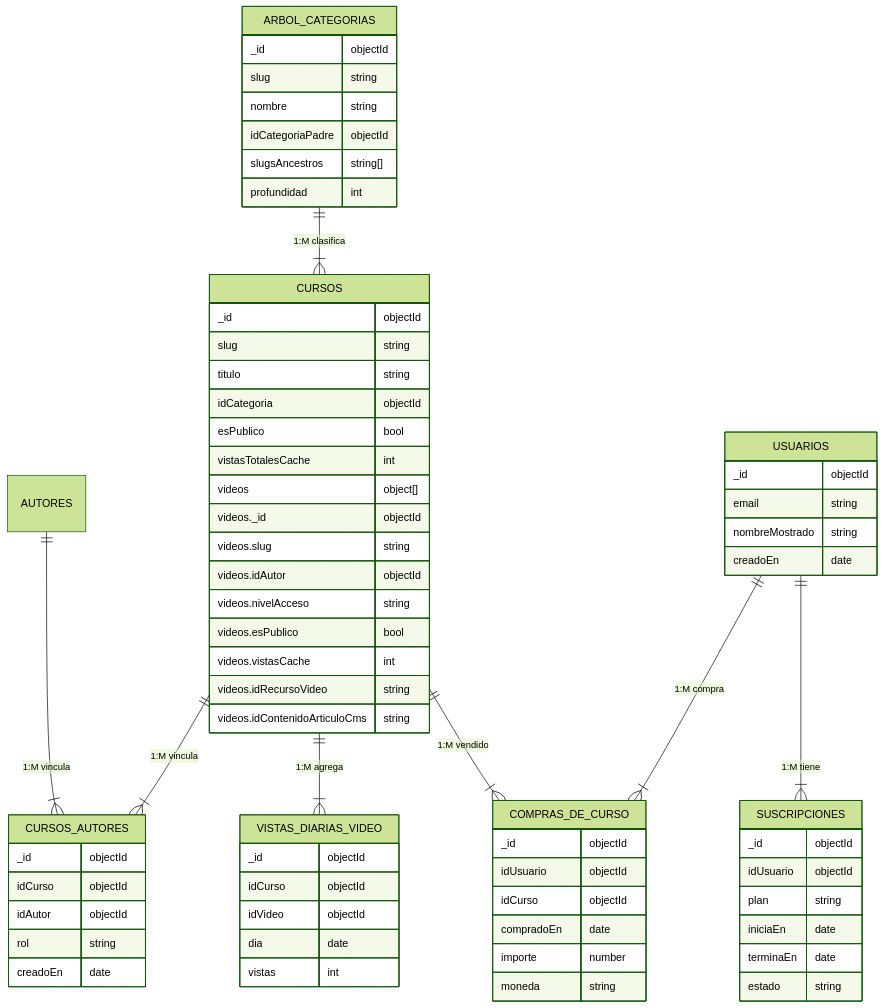
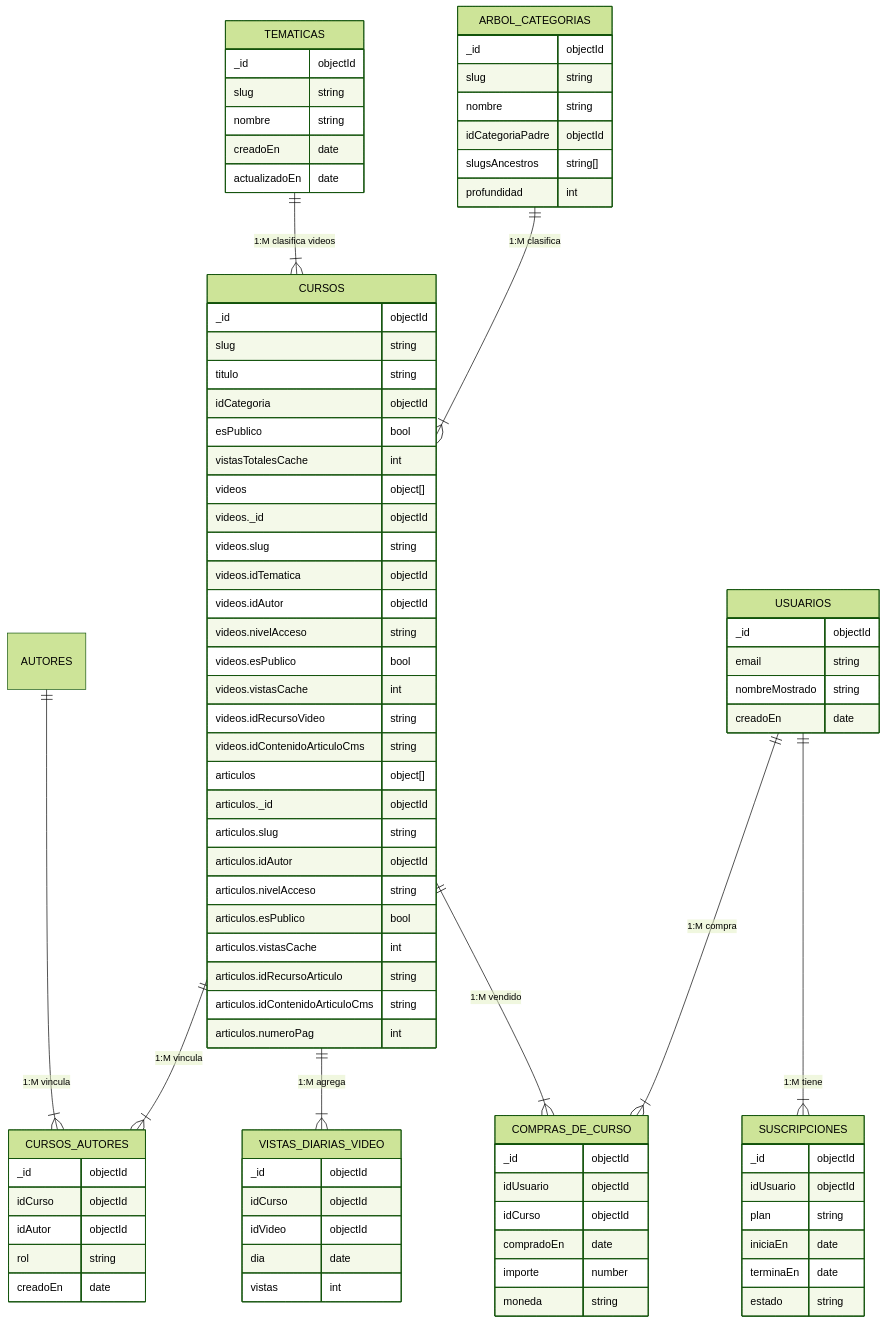
One commit to vrcastro1975/backend-laboratorio1a changed the diagram in opcional/diagrama.md. Above: the diagram before and after it, drawn with Mermaid (forest theme). The commit also changed other lines of this file and 4 other files, not shown here.

````diff
--- a/opcional/diagrama.md
+++ b/opcional/diagrama.md
@@ -12,6 +13,7 @@
 ```mermaid
 erDiagram
     ARBOL_CATEGORIAS ||--|{ CURSOS : "1:M clasifica"
+    TEMATICAS ||--|{ CURSOS : "1:M clasifica videos"
     CURSOS ||--|{ CURSOS_AUTORES : "1:M vincula"
     AUTORES ||--|{ CURSOS_AUTORES : "1:M vincula"
     USUARIOS ||--|{ SUSCRIPCIONES : "1:M tiene"
@@ -26,6 +28,14 @@
       idCategoriaPadre objectId
       slugsAncestros string[]
       profundidad int
+    }
+
+    TEMATICAS {
+      _id objectId
+      slug string
+      nombre string
+      creadoEn date
+      actualizadoEn date
     }
 
     USUARIOS {
@@ -63,12 +73,23 @@
       videos object[]
         videos._id objectId
         videos.slug string
+        videos.idTematica objectId
         videos.idAutor objectId
         videos.nivelAcceso string
         videos.esPublico bool
         videos.vistasCache int
         videos.idRecursoVideo string
         videos.idContenidoArticuloCms string
+      articulos object[]
+        articulos._id objectId
+        articulos.slug string
+        articulos.idAutor objectId
+        articulos.nivelAcceso string
+        articulos.esPublico bool
+        articulos.vistasCache int
+        articulos.idRecursoArticulo string
+        articulos.idContenidoArticuloCms string
+        articulos.numeroPag int
     }
 
     CURSOS_AUTORES {
````
